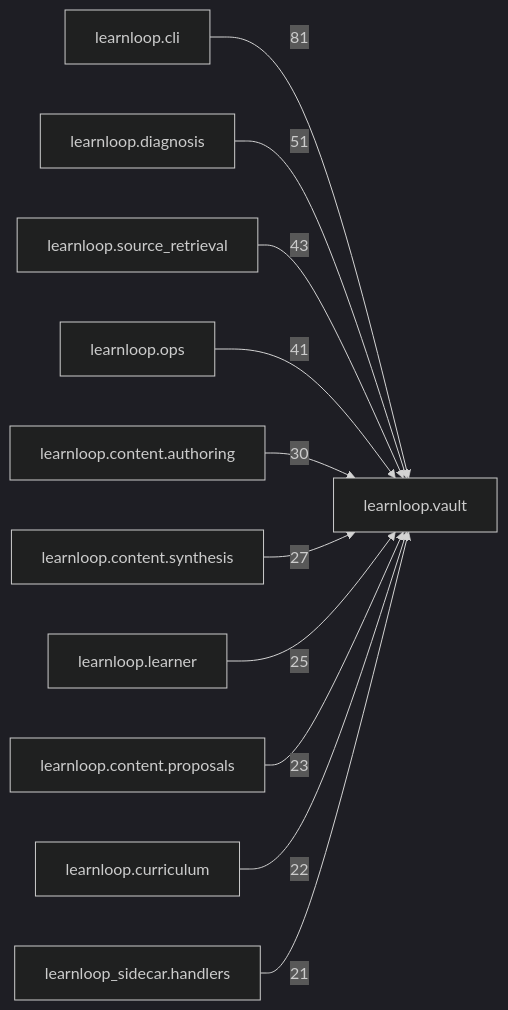
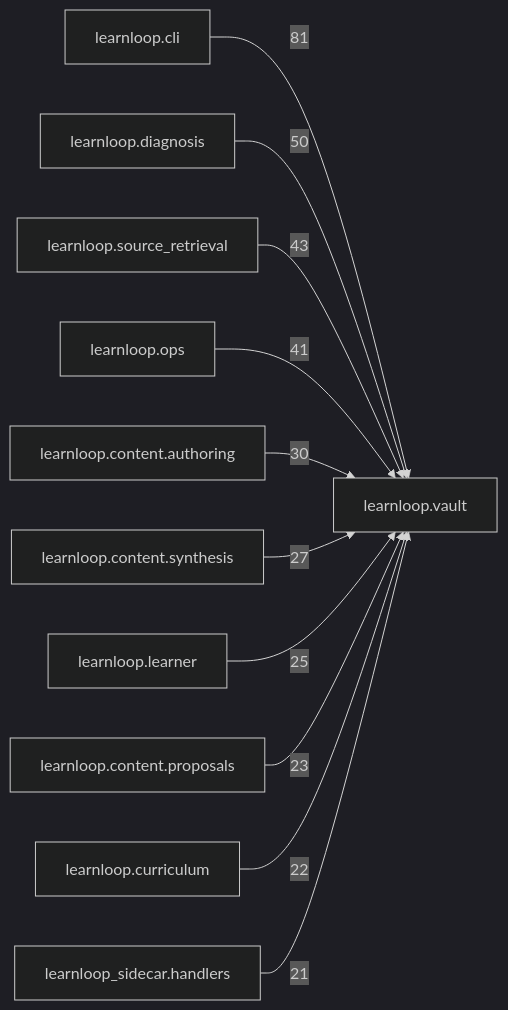
One commit to 6up-b/learnanything changed the diagram in docs/learnloop-architecture-vault/Reference/Modules/learnloop/vault/_package.md. Above: the diagram before and after it, drawn with Mermaid (dark theme). The commit also changed other lines of this file and 32 other files, not shown here.

````diff
--- a/docs/learnloop-architecture-vault/Reference/Modules/learnloop/vault/_package.md
+++ b/docs/learnloop-architecture-vault/Reference/Modules/learnloop/vault/_package.md
@@ -137,24 +137,24 @@
 ```mermaid
 flowchart LR
     center["learnloop.vault"]
     n_learnloop_cli["learnloop.cli"]
     n_learnloop_diagnosis["learnloop.diagnosis"]
     n_learnloop_source_retrieval["learnloop.source_retrieval"]
     n_learnloop_ops["learnloop.ops"]
     n_learnloop_content_authoring["learnloop.content.authoring"]
     n_learnloop_content_synthesis["learnloop.content.synthesis"]
     n_learnloop_learner["learnloop.learner"]
     n_learnloop_content_proposals["learnloop.content.proposals"]
     n_learnloop_curriculum["learnloop.curriculum"]
     n_learnloop_sidecar_handlers["learnloop_sidecar.handlers"]
     n_learnloop_cli -->|81| center
-    n_learnloop_diagnosis -->|51| center
+    n_learnloop_diagnosis -->|50| center
     n_learnloop_source_retrieval -->|43| center
     n_learnloop_ops -->|41| center
     n_learnloop_content_authoring -->|30| center
     n_learnloop_content_synthesis -->|27| center
     n_learnloop_learner -->|25| center
     n_learnloop_content_proposals -->|23| center
     n_learnloop_curriculum -->|22| center
     n_learnloop_sidecar_handlers -->|21| center
 ```
````
